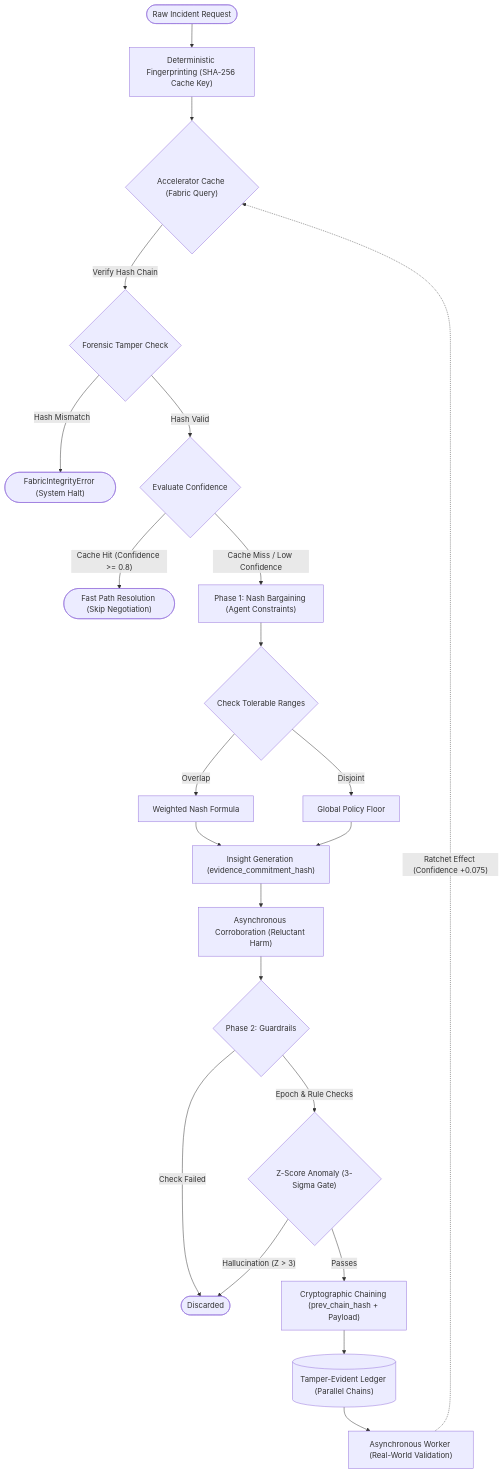
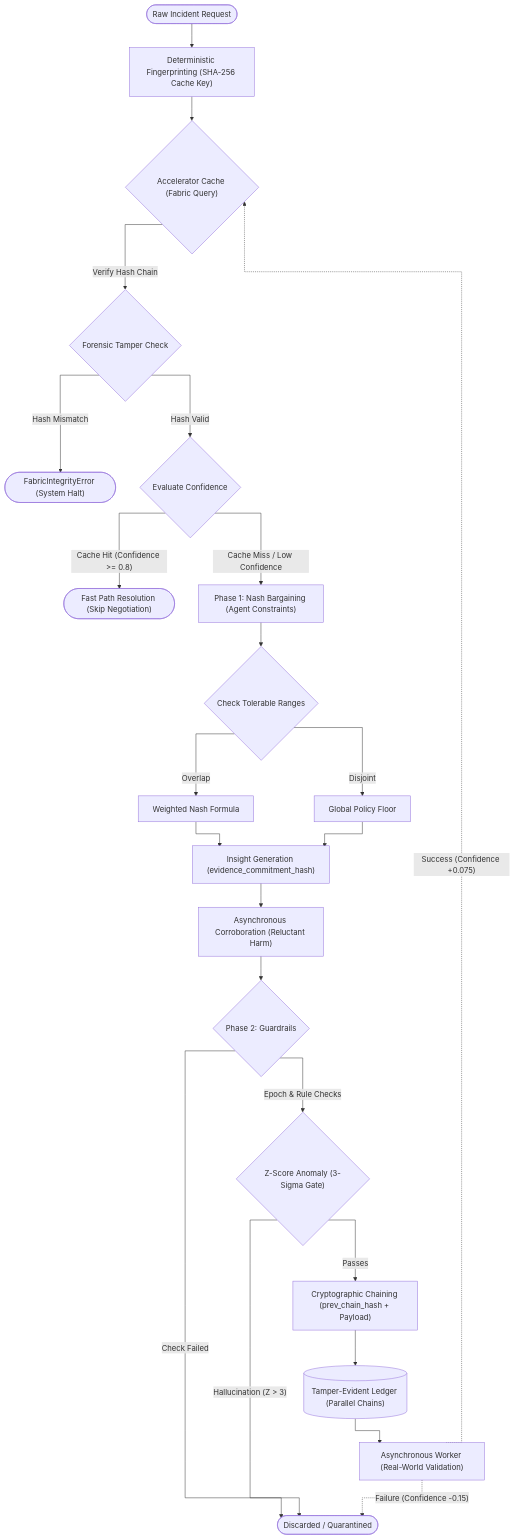
The diagram in README.md (tarunsh07/Project-Nemo), drawn with Mermaid before and after one commit.

Commit message:
Optimize Mermaid layout with orthogonal routing and add penalty loop

````diff
--- a/README.md
+++ b/README.md
@@ -84,41 +84,43 @@
 ```mermaid
+%%{init: {"flowchart": {"curve": "stepAfter"}}}%%
 flowchart TD
     %% Main Entry
     A(["Raw Incident Request"]) --> B["Deterministic Fingerprinting (SHA-256 Cache Key)"]
     B --> C{"Accelerator Cache (Fabric Query)"}
     
     %% Tamper Detection (Read-Time)
     C -- "Verify Hash Chain" --> Q{"Forensic Tamper Check"}
     Q -- "Hash Mismatch" --> R(["FabricIntegrityError (System Halt)"])
     Q -- "Hash Valid" --> S{"Evaluate Confidence"}
     
     %% Fast Path
     S -- "Cache Hit (Confidence >= 0.8)" --> D(["Fast Path Resolution (Skip Negotiation)"])
     
     %% Slow Path
     S -- "Cache Miss / Low Confidence" --> E["Phase 1: Nash Bargaining (Agent Constraints)"]
     
     %% Math Engine
     E --> F{"Check Tolerable Ranges"}
     F -- "Overlap" --> G["Weighted Nash Formula"]
     F -- "Disjoint" --> H["Global Policy Floor"]
     G --> I
     H --> I
     
     %% Commitment & Corroboration
     I["Insight Generation (evidence_commitment_hash)"] --> J["Asynchronous Corroboration (Reluctant Harm)"]
     
     %% Guardrails
     J --> K{"Phase 2: Guardrails"}
     K -- "Epoch & Rule Checks" --> L{"Z-Score Anomaly (3-Sigma Gate)"}
-    K -- "Check Failed" --> M(["Discarded"])
+    K -- "Check Failed" --> M(["Discarded / Quarantined"])
     L -- "Hallucination (Z > 3)" --> M
     
     %% Ledger Write & Hash Chaining
     L -- "Passes" --> N["Cryptographic Chaining (prev_chain_hash + Payload)"]
     N --> O[("Tamper-Evident Ledger (Parallel Chains)")]
     
     %% The Ratchet Feedback Loop
     O --> P["Asynchronous Worker (Real-World Validation)"]
-    P -. "Ratchet Effect (Confidence +0.075)" .-> C
+    P -. "Success (Confidence +0.075)" .-> C
+    P -. "Failure (Confidence -0.15)" .-> M
 ```
````
